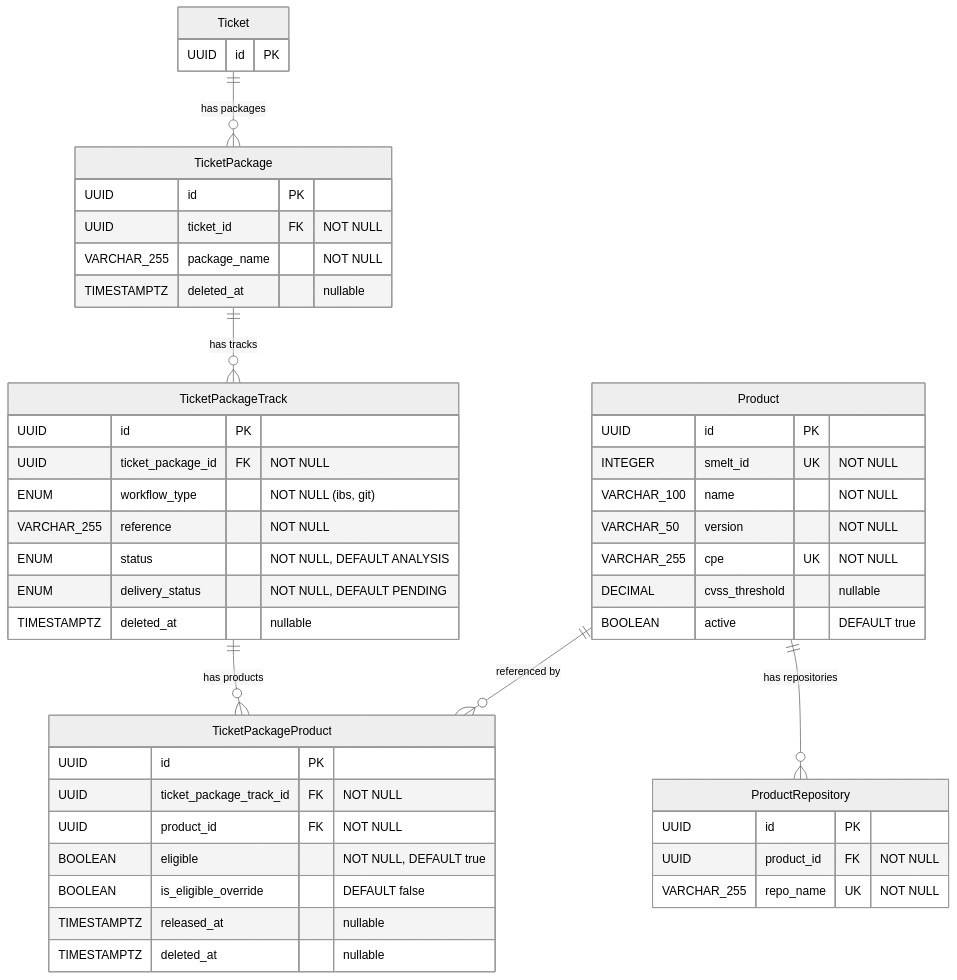
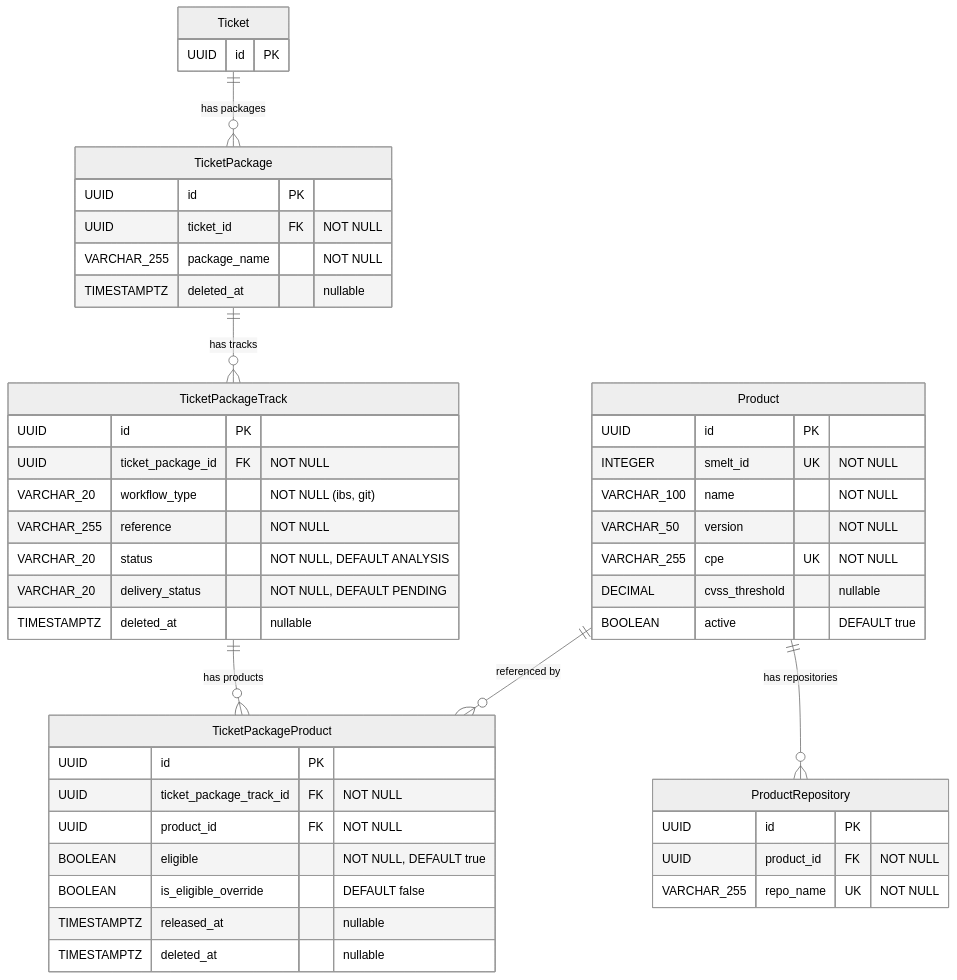
Before and after one commit to StayPirate/STAMP: the third of 6 diagrams in docs/data-model.md, drawn with Mermaid (neutral theme). The commit also changed other lines of this file and 14 other files, not shown here.

````diff
--- a/docs/data-model.md
+++ b/docs/data-model.md
@@ -201,50 +201,50 @@
 ```mermaid
 erDiagram
     Ticket {
         UUID id PK
     }
     TicketPackage {
         UUID id PK
         UUID ticket_id FK "NOT NULL"
         VARCHAR_255 package_name "NOT NULL"
         TIMESTAMPTZ deleted_at "nullable"
     }
     TicketPackageTrack {
         UUID id PK
         UUID ticket_package_id FK "NOT NULL"
-        ENUM workflow_type "NOT NULL (ibs, git)"
+        VARCHAR_20 workflow_type "NOT NULL (ibs, git)"
         VARCHAR_255 reference "NOT NULL"
-        ENUM status "NOT NULL, DEFAULT ANALYSIS"
-        ENUM delivery_status "NOT NULL, DEFAULT PENDING"
+        VARCHAR_20 status "NOT NULL, DEFAULT ANALYSIS"
+        VARCHAR_20 delivery_status "NOT NULL, DEFAULT PENDING"
         TIMESTAMPTZ deleted_at "nullable"
     }
     TicketPackageProduct {
         UUID id PK
         UUID ticket_package_track_id FK "NOT NULL"
         UUID product_id FK "NOT NULL"
         BOOLEAN eligible "NOT NULL, DEFAULT true"
         BOOLEAN is_eligible_override "DEFAULT false"
         TIMESTAMPTZ released_at "nullable"
         TIMESTAMPTZ deleted_at "nullable"
     }
     Product {
         UUID id PK
         INTEGER smelt_id UK "NOT NULL"
         VARCHAR_100 name "NOT NULL"
         VARCHAR_50 version "NOT NULL"
         VARCHAR_255 cpe UK "NOT NULL"
         DECIMAL cvss_threshold "nullable"
         BOOLEAN active "DEFAULT true"
     }
     ProductRepository {
         UUID id PK
         UUID product_id FK "NOT NULL"
         VARCHAR_255 repo_name UK "NOT NULL"
     }
 
     Ticket ||--o{ TicketPackage : "has packages"
     TicketPackage ||--o{ TicketPackageTrack : "has tracks"
     TicketPackageTrack ||--o{ TicketPackageProduct : "has products"
     Product ||--o{ TicketPackageProduct : "referenced by"
     Product ||--o{ ProductRepository : "has repositories"
 ```
````
